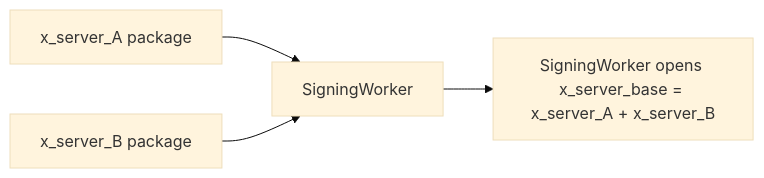
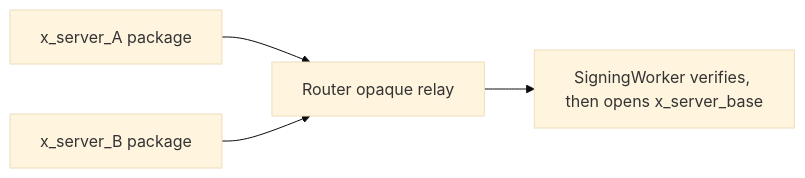
Before and after one commit to seams-tech/seams-sdk: diagram 12 of 22 in docs/router-a-b-SPEC.md, drawn with Mermaid (base theme). The commit also changed other lines of this file and 48 other files, not shown here.

````diff
--- a/docs/router-a-b-SPEC.md
+++ b/docs/router-a-b-SPEC.md
@@ -596,6 +601,6 @@
 ```mermaid
 flowchart LR
-  ASA["x_server_A package"] --> SW["SigningWorker"]
-  BSB["x_server_B package"] --> SW
-  SW --> OPEN["SigningWorker opens x_server_base = x_server_A + x_server_B"]
+  ASA["x_server_A package"] --> R["Router opaque relay"]
+  BSB["x_server_B package"] --> R
+  R --> SW["SigningWorker verifies, then opens x_server_base"]
 ```
````
